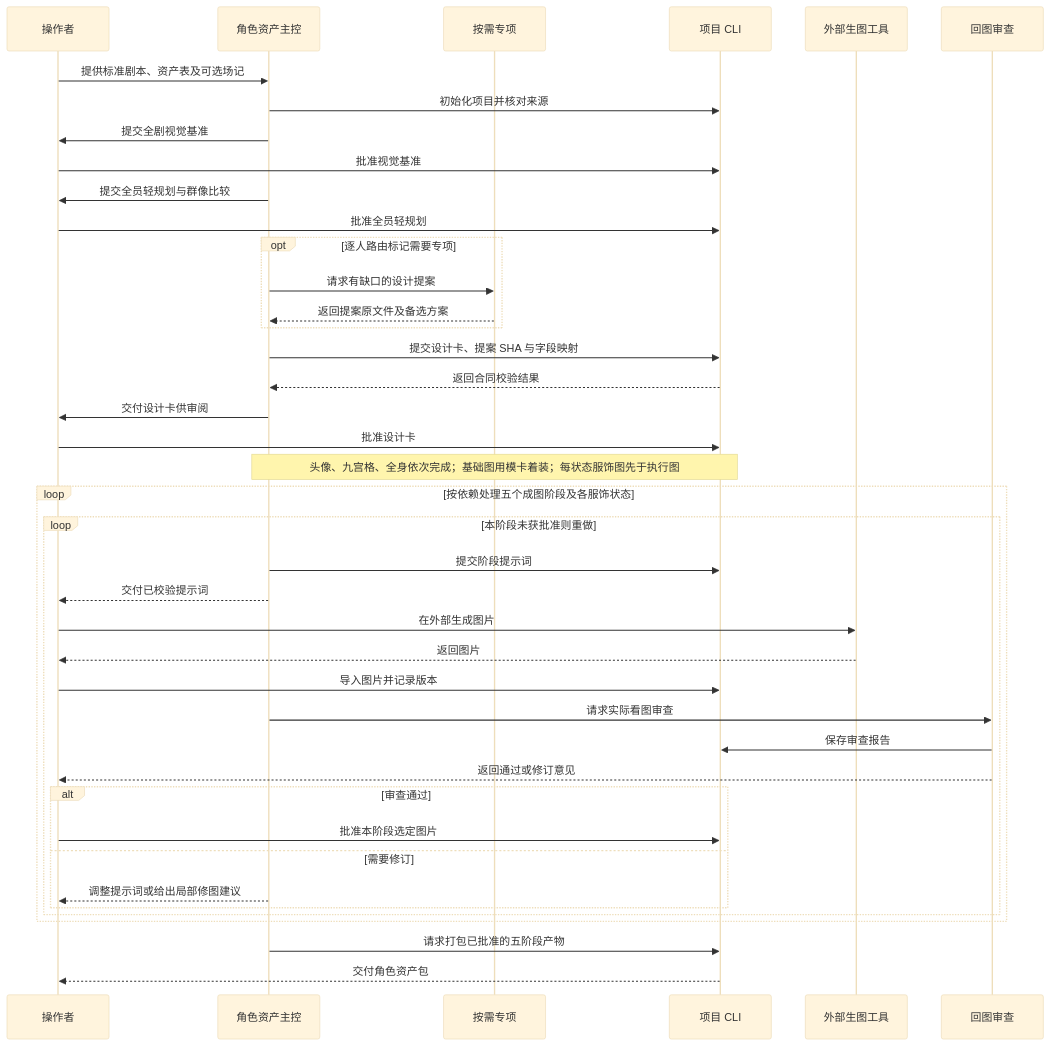
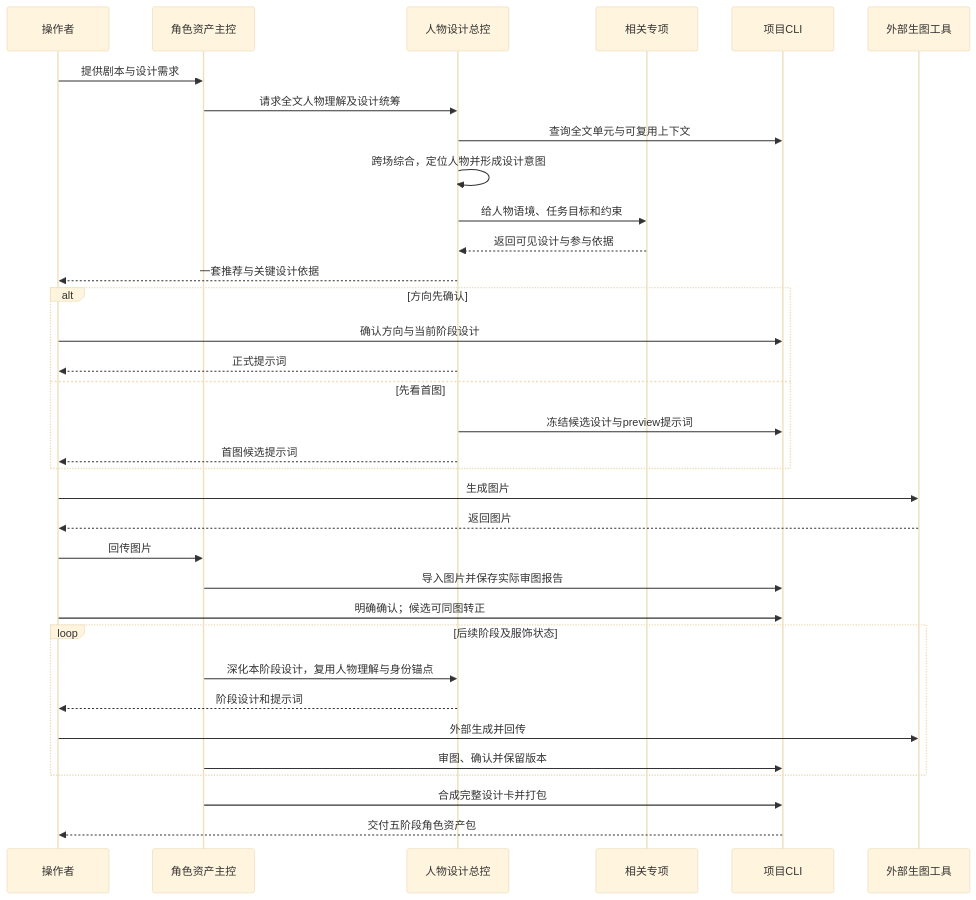
One commit to kaibaoxiang-studio/ZiChan changed the second of 3 diagrams in README.md. Above: the diagram before and after it, drawn with Mermaid (base theme). The commit also changed other lines of this file and 124 other files, not shown here.

````diff
--- a/README.md
+++ b/README.md
@@ -58,43 +56,36 @@
 ```mermaid
 sequenceDiagram
     participant U as 操作者
-    participant H as 角色资产主控
-    participant S as 按需专项
-    participant C as 项目 CLI
+    participant P as 角色资产主控
+    participant D as 人物设计总控
+    participant S as 相关专项
+    participant C as 项目CLI
     participant G as 外部生图工具
-    participant R as 回图审查
-    U->>H: 提供标准剧本、资产表及可选场记
-    H->>C: 初始化项目并核对来源
-    H->>U: 提交全剧视觉基准
-    U->>C: 批准视觉基准
-    H->>U: 提交全员轻规划与群像比较
-    U->>C: 批准全员轻规划
-    opt 逐人路由标记需要专项
-        H->>S: 请求有缺口的设计提案
-        S-->>H: 返回提案原文件及备选方案
+    U->>P: 提供剧本与设计需求
+    P->>D: 请求全文人物理解及设计统筹
+    D->>C: 查询全文单元与可复用上下文
+    D->>D: 跨场综合，定位人物并形成设计意图
+    D->>S: 给人物语境、任务目标和约束
+    S-->>D: 返回可见设计与参与依据
+    D-->>U: 一套推荐与关键设计依据
+    alt 方向先确认
+        U->>C: 确认方向与当前阶段设计
+        D-->>U: 正式提示词
+    else 先看首图
+        D->>C: 冻结候选设计与preview提示词
+        D-->>U: 首图候选提示词
     end
-    H->>C: 提交设计卡、提案 SHA 与字段映射
-    C-->>H: 返回合同校验结果
-    H->>U: 交付设计卡供审阅
-    U->>C: 批准设计卡
-    Note over H,C: 头像、九宫格、全身依次完成；基础图用模卡着装；每状态服饰图先于执行图
-    loop 按依赖处理五个成图阶段及各服饰状态
-        loop 本阶段未获批准则重做
-            H->>C: 提交阶段提示词
-            H-->>U: 交付已校验提示词
-            U->>G: 在外部生成图片
-            G-->>U: 返回图片
-            U->>C: 导入图片并记录版本
-            H->>R: 请求实际看图审查
-            R->>C: 保存审查报告
-            R-->>U: 返回通过或修订意见
-            alt 审查通过
-                U->>C: 批准本阶段选定图片
-            else 需要修订
-                H-->>U: 调整提示词或给出局部修图建议
-            end
-        end
+    U->>G: 生成图片
+    G-->>U: 返回图片
+    U->>P: 回传图片
+    P->>C: 导入图片并保存实际审图报告
+    U->>C: 明确确认；候选可同图转正
+    loop 后续阶段及服饰状态
+        P->>D: 深化本阶段设计，复用人物理解与身份锚点
+        D-->>U: 阶段设计和提示词
+        U->>G: 外部生成并回传
+        P->>C: 审图、确认并保留版本
     end
-    H->>C: 请求打包已批准的五阶段产物
-    C-->>U: 交付角色资产包
+    P->>C: 合成完整设计卡并打包
+    C-->>U: 交付五阶段角色资产包
 ```
````
